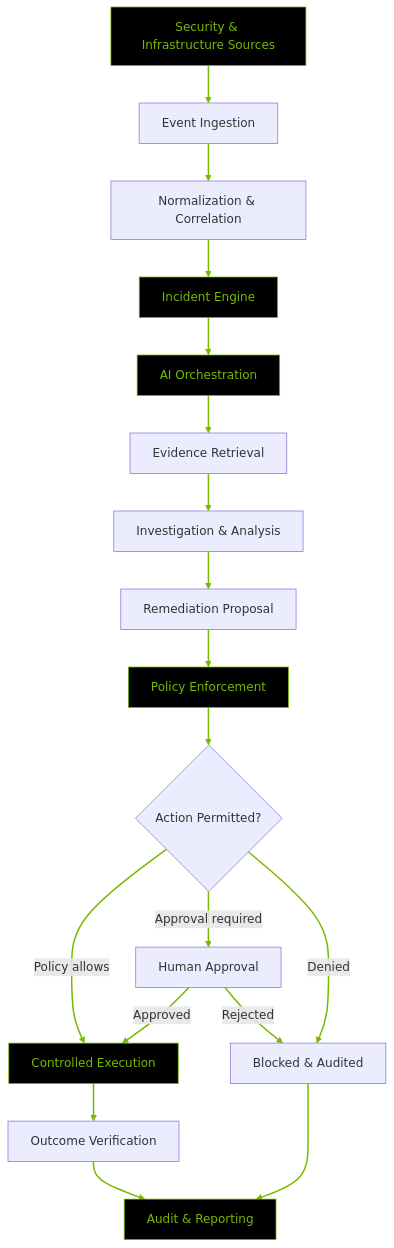
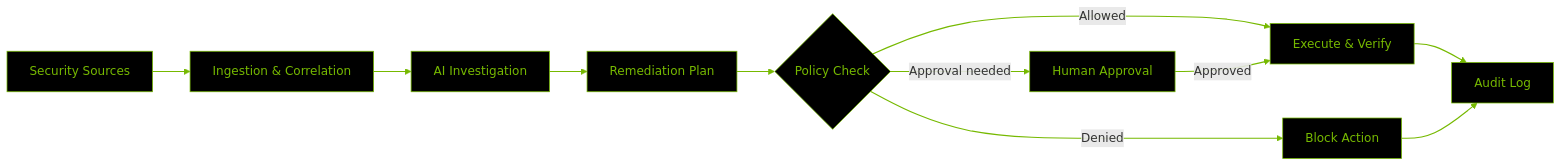
Before and after one commit to Destroyerved/Alexia: the diagram in README.md, drawn with Mermaid. The commit also changed other lines of this file, not shown here.

````diff
--- a/README.md
+++ b/README.md
@@ -96,28 +94,27 @@
 ```mermaid
-flowchart TD
-    A["Security & Infrastructure Sources"] --> B["Event Ingestion"]
-    B --> C["Normalization & Correlation"]
-    C --> D["Incident Engine"]
-    D --> E["AI Orchestration"]
-    E --> F["Evidence Retrieval"]
-    F --> G["Investigation & Analysis"]
-    G --> H["Remediation Proposal"]
-    H --> I["Policy Enforcement"]
-    I --> J{"Action Permitted?"}
-    J -->|Policy allows| K["Controlled Execution"]
-    J -->|Approval required| L["Human Approval"]
-    J -->|Denied| M["Blocked & Audited"]
-    L -->|Approved| K
-    L -->|Rejected| M
-    K --> N["Outcome Verification"]
-    N --> O["Audit & Reporting"]
-    M --> O
+flowchart LR
+    A["Security Sources"] --> B["Ingestion & Correlation"]
+    B --> C["AI Investigation"]
+    C --> D["Remediation Plan"]
+    D --> E{"Policy Check"}
 
-    linkStyle default stroke:#76B900,stroke-width:2px
+    E -->|Allowed| F["Execute & Verify"]
+    E -->|Approval needed| G["Human Approval"]
+    G -->|Approved| F
+    E -->|Denied| H["Block Action"]
+
+    F --> I["Audit Log"]
+    H --> I
+
+    linkStyle default stroke:#76B900,stroke-width:1.5px
+
     style A fill:#000000,color:#76B900,stroke:#76B900
+    style B fill:#000000,color:#76B900,stroke:#76B900
+    style C fill:#000000,color:#76B900,stroke:#76B900
     style D fill:#000000,color:#76B900,stroke:#76B900
     style E fill:#000000,color:#76B900,stroke:#76B900
+    style F fill:#000000,color:#76B900,stroke:#76B900
+    style G fill:#000000,color:#76B900,stroke:#76B900
+    style H fill:#000000,color:#76B900,stroke:#76B900
     style I fill:#000000,color:#76B900,stroke:#76B900
-    style K fill:#000000,color:#76B900,stroke:#76B900
-    style O fill:#000000,color:#76B900,stroke:#76B900
 ```
````
